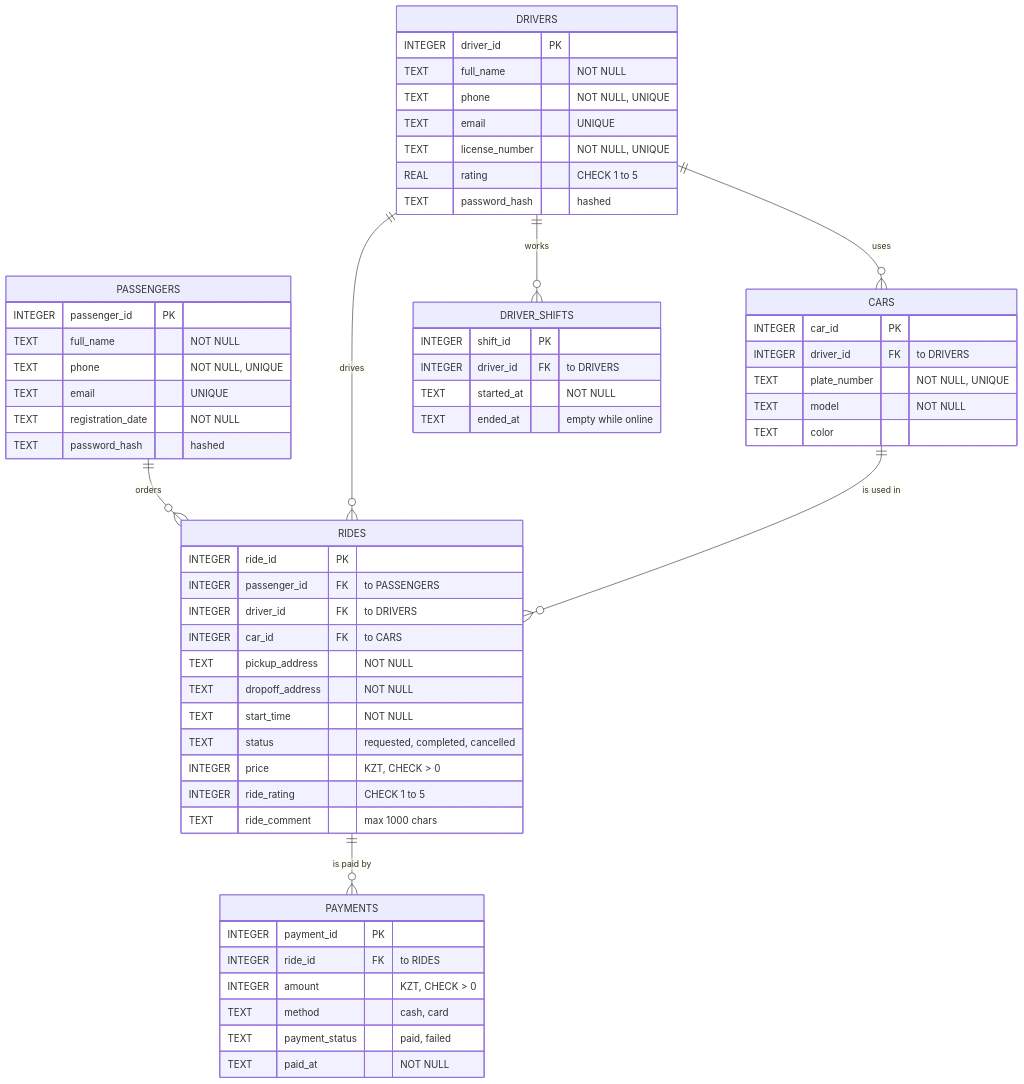
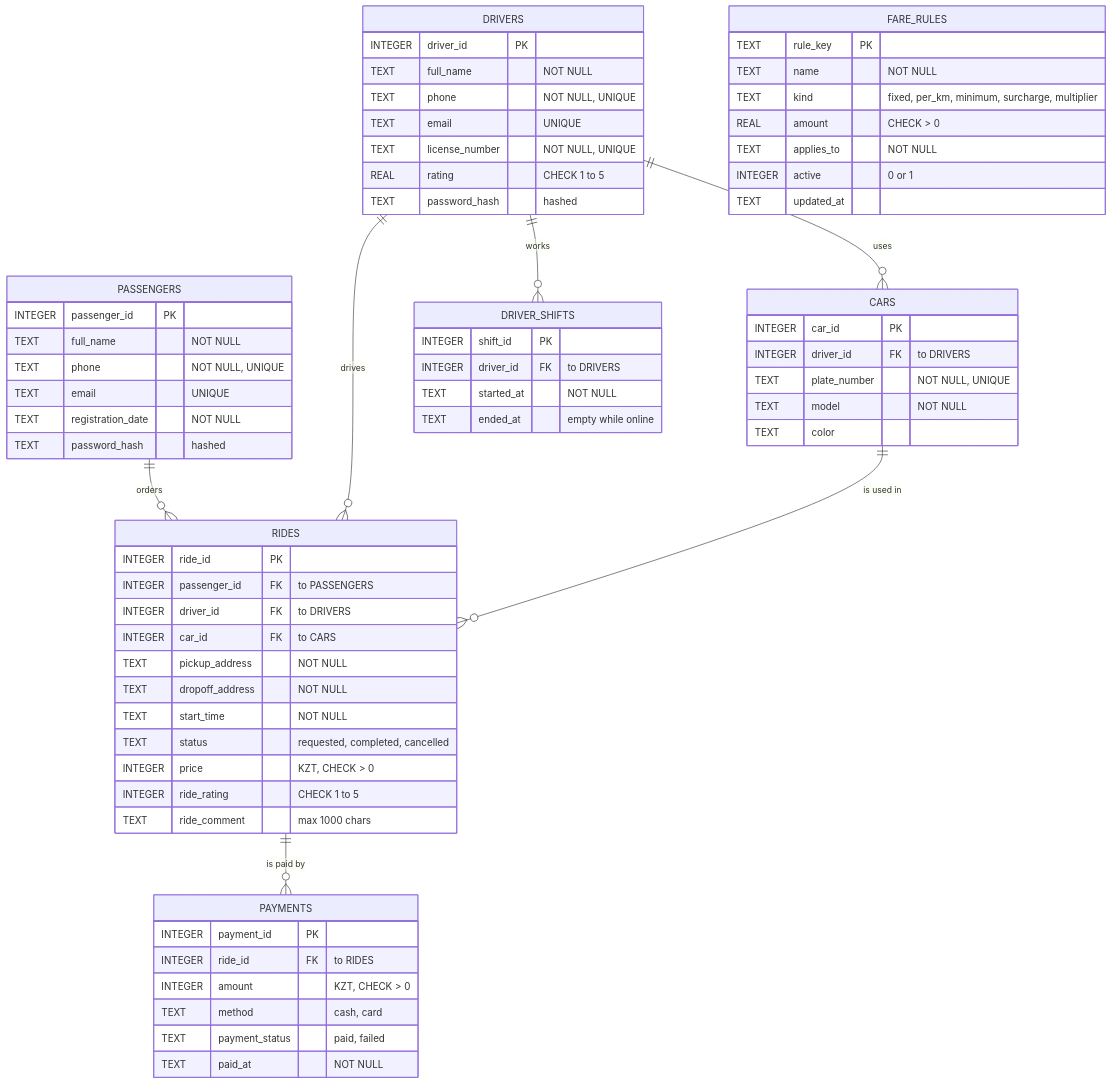
Before and after one commit to sabinaibragimova23/mini-taxi-almaty: the diagram in docs/erd.mmd, drawn with Mermaid. The commit also changed 13 other files, not shown here.

Commit message:
Student 2: fare rules table, price panel for passengers, admin Prices tab, migration 005, tests

```diff
--- a/docs/erd.mmd
+++ b/docs/erd.mmd
@@ -1,59 +1,68 @@
 erDiagram
     PASSENGERS ||--o{ RIDES : "orders"
     DRIVERS ||--o{ CARS : "uses"
     DRIVERS ||--o{ RIDES : "drives"
     DRIVERS ||--o{ DRIVER_SHIFTS : "works"
     CARS ||--o{ RIDES : "is used in"
     RIDES ||--o{ PAYMENTS : "is paid by"
 
     PASSENGERS {
         INTEGER passenger_id PK
         TEXT full_name "NOT NULL"
         TEXT phone "NOT NULL, UNIQUE"
         TEXT email "UNIQUE"
         TEXT registration_date "NOT NULL"
         TEXT password_hash "hashed"
     }
     DRIVERS {
         INTEGER driver_id PK
         TEXT full_name "NOT NULL"
         TEXT phone "NOT NULL, UNIQUE"
         TEXT email "UNIQUE"
         TEXT license_number "NOT NULL, UNIQUE"
         REAL rating "CHECK 1 to 5"
         TEXT password_hash "hashed"
     }
     CARS {
         INTEGER car_id PK
         INTEGER driver_id FK "to DRIVERS"
         TEXT plate_number "NOT NULL, UNIQUE"
         TEXT model "NOT NULL"
         TEXT color
     }
     RIDES {
         INTEGER ride_id PK
         INTEGER passenger_id FK "to PASSENGERS"
         INTEGER driver_id FK "to DRIVERS"
         INTEGER car_id FK "to CARS"
         TEXT pickup_address "NOT NULL"
         TEXT dropoff_address "NOT NULL"
         TEXT start_time "NOT NULL"
         TEXT status "requested, completed, cancelled"
         INTEGER price "KZT, CHECK > 0"
         INTEGER ride_rating "CHECK 1 to 5"
         TEXT ride_comment "max 1000 chars"
     }
     PAYMENTS {
         INTEGER payment_id PK
         INTEGER ride_id FK "to RIDES"
         INTEGER amount "KZT, CHECK > 0"
         TEXT method "cash, card"
         TEXT payment_status "paid, failed"
         TEXT paid_at "NOT NULL"
     }
     DRIVER_SHIFTS {
         INTEGER shift_id PK
         INTEGER driver_id FK "to DRIVERS"
         TEXT started_at "NOT NULL"
         TEXT ended_at "empty while online"
     }
+    FARE_RULES {
+        TEXT rule_key PK
+        TEXT name "NOT NULL"
+        TEXT kind "fixed, per_km, minimum, surcharge, multiplier"
+        REAL amount "CHECK > 0"
+        TEXT applies_to "NOT NULL"
+        INTEGER active "0 or 1"
+        TEXT updated_at
+    }
```
